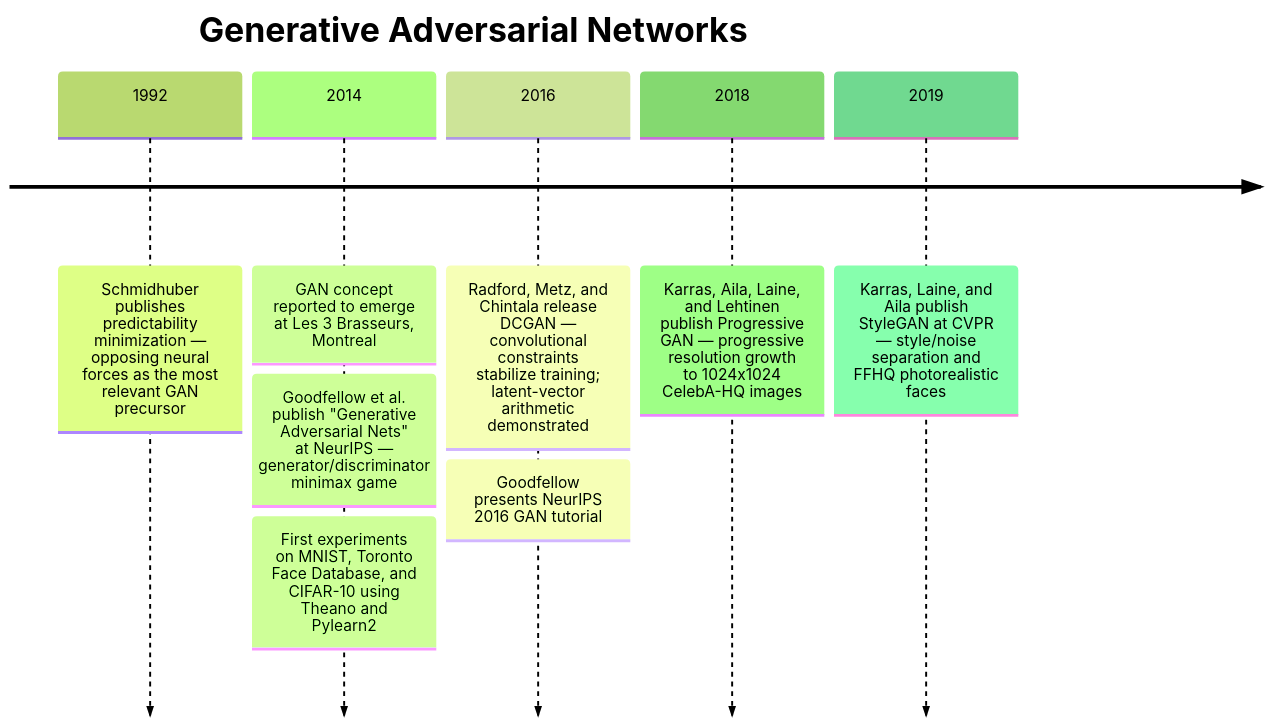
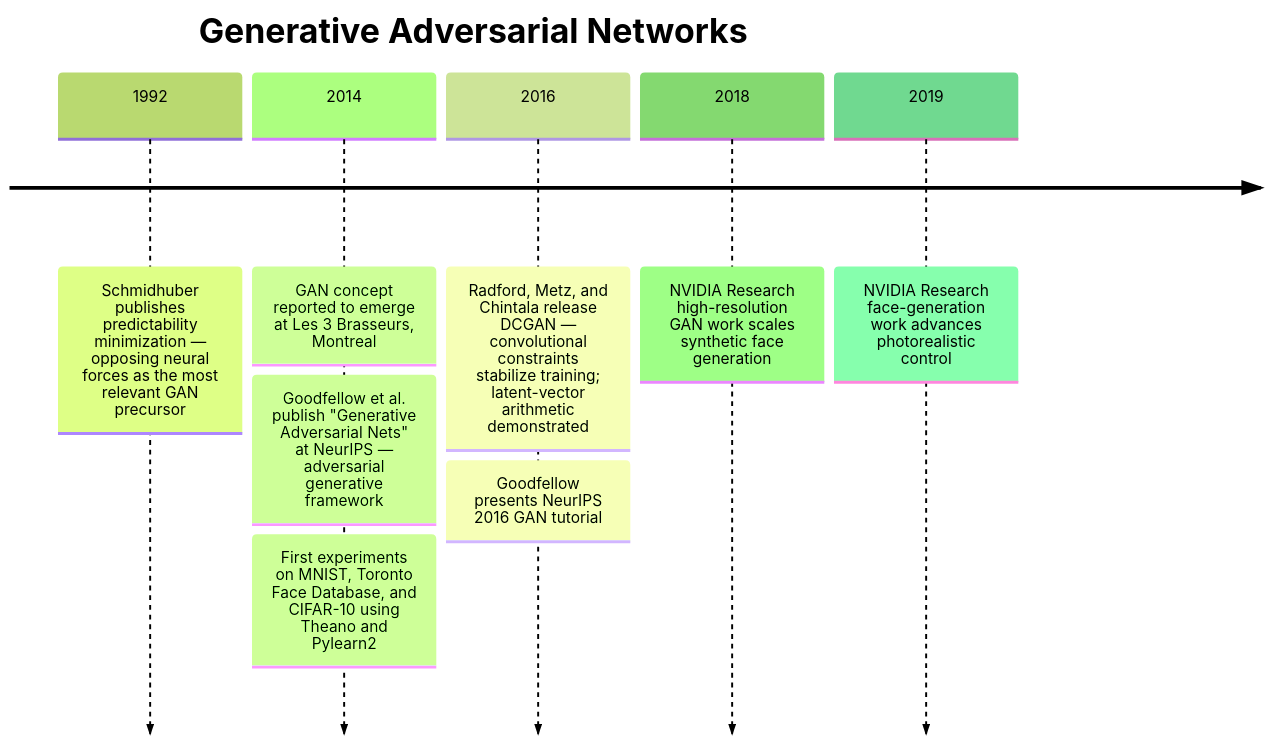
Before and after one commit to krisztiankoos/kubedojo: the diagram in src/content/docs/ai-history/ch-45-generative-adversarial-networks.md, drawn with Mermaid (forest theme). The commit also changed other lines of this file and 2 other files, not shown here.

````diff
--- a/src/content/docs/ai-history/ch-45-generative-adversarial-networks.md
+++ b/src/content/docs/ai-history/ch-45-generative-adversarial-networks.md
@@ -29,12 +29,12 @@
 ```mermaid
 timeline
     title Generative Adversarial Networks
     1992 : Schmidhuber publishes predictability minimization — opposing neural forces as the most relevant GAN precursor
     2014 : GAN concept reported to emerge at Les 3 Brasseurs, Montreal
-         : Goodfellow et al. publish "Generative Adversarial Nets" at NeurIPS — generator/discriminator minimax game
+         : Goodfellow et al. publish "Generative Adversarial Nets" at NeurIPS — adversarial generative framework
          : First experiments on MNIST, Toronto Face Database, and CIFAR-10 using Theano and Pylearn2
     2016 : Radford, Metz, and Chintala release DCGAN — convolutional constraints stabilize training; latent-vector arithmetic demonstrated
          : Goodfellow presents NeurIPS 2016 GAN tutorial
-    2018 : Karras, Aila, Laine, and Lehtinen publish Progressive GAN — progressive resolution growth to 1024x1024 CelebA-HQ images
-    2019 : Karras, Laine, and Aila publish StyleGAN at CVPR — style/noise separation and FFHQ photorealistic faces
+    2018 : NVIDIA Research high-resolution GAN work scales synthetic face generation
+    2019 : NVIDIA Research face-generation work advances photorealistic control
 ```
````
